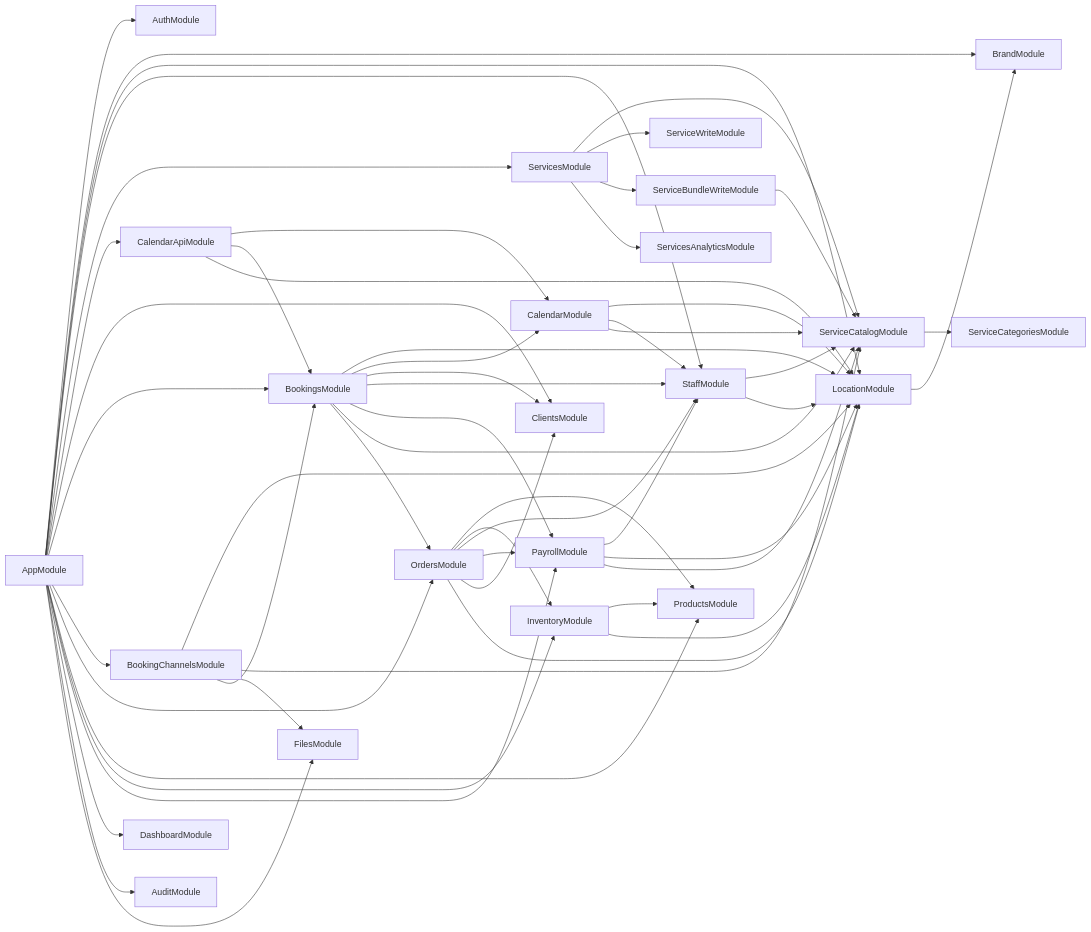
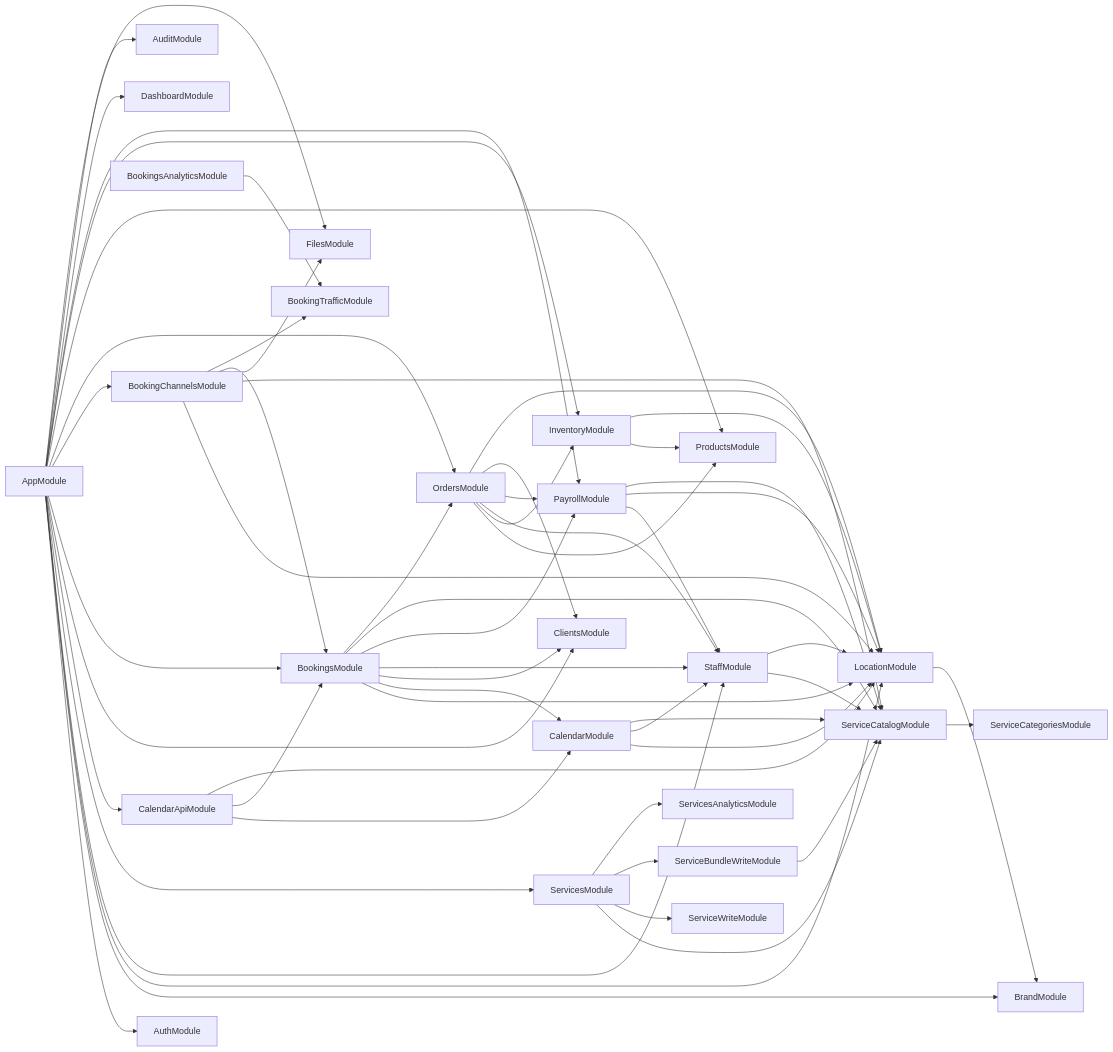
One commit to pavelnagorsky/crm-core changed the first of 2 diagrams in docs/architecture/README.md. Above: the diagram before and after it, drawn with Mermaid. The commit also changed other lines of this file and 94 other files, not shown here.

````diff
--- a/docs/architecture/README.md
+++ b/docs/architecture/README.md
@@ -23,61 +24,63 @@
 ```mermaid
 flowchart LR
   AppModule --> AuthModule
   AppModule --> BrandModule
   AppModule --> LocationModule
   AppModule --> StaffModule
   AppModule --> ServicesModule
   ServicesModule --> ServiceCatalogModule
   ServicesModule --> ServiceWriteModule
   ServicesModule --> ServiceBundleWriteModule
   ServicesModule --> ServicesAnalyticsModule
   ServiceCatalogModule --> ServiceCategoriesModule
   ServiceBundleWriteModule --> ServiceCatalogModule
   AppModule --> CalendarApiModule
   AppModule --> ClientsModule
   AppModule --> BookingsModule
   AppModule --> BookingChannelsModule
   AppModule --> OrdersModule
   AppModule --> ProductsModule
   AppModule --> InventoryModule
   AppModule --> PayrollModule
   AppModule --> DashboardModule
   AppModule --> AuditModule
   AppModule --> FilesModule
 
   LocationModule --> BrandModule
   StaffModule --> ServiceCatalogModule
   StaffModule --> LocationModule
   CalendarModule --> LocationModule
   CalendarModule --> StaffModule
   CalendarModule --> ServiceCatalogModule
   CalendarApiModule --> CalendarModule
   CalendarApiModule --> BookingsModule
   CalendarApiModule --> LocationModule
 
   BookingsModule --> LocationModule
   BookingsModule --> CalendarModule
   BookingsModule --> ClientsModule
   BookingsModule --> StaffModule
   BookingsModule --> PayrollModule
   BookingsModule --> ServiceCatalogModule
   BookingsModule --> OrdersModule
 
   BookingChannelsModule --> LocationModule
   BookingChannelsModule --> ServiceCatalogModule
   BookingChannelsModule --> FilesModule
   BookingChannelsModule --> BookingsModule
+  BookingChannelsModule --> BookingTrafficModule
+  BookingsAnalyticsModule --> BookingTrafficModule
 
   OrdersModule --> ProductsModule
   OrdersModule --> InventoryModule
   OrdersModule --> StaffModule
   OrdersModule --> PayrollModule
   OrdersModule --> ClientsModule
   OrdersModule --> LocationModule
 
   InventoryModule --> ProductsModule
   InventoryModule --> LocationModule
   PayrollModule --> StaffModule
   PayrollModule --> LocationModule
   PayrollModule --> ServiceCatalogModule
 ```
````
